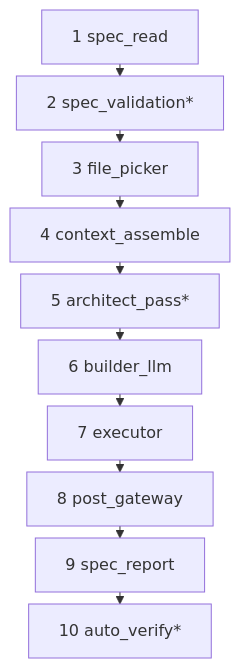
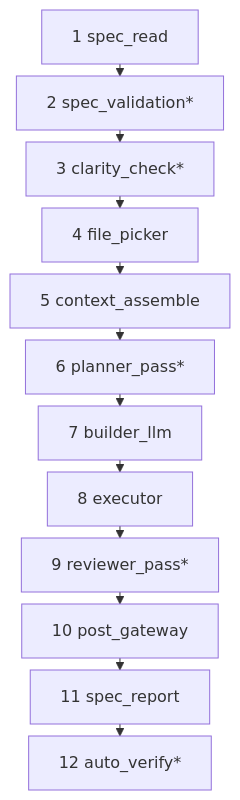
Before and after one commit to amirharati/mcp_coder: the first of 2 diagrams in docs/guide/tutorials/06-delegation-pipeline.md, drawn with Mermaid. The commit also changed other lines of this file and 8 other files, not shown here.

First line of the commit message:
docs(guide): sync architecture, CLI, tools, and tutorials for shipped supervisor model.

````diff
--- a/docs/guide/tutorials/06-delegation-pipeline.md
+++ b/docs/guide/tutorials/06-delegation-pipeline.md
@@ -17,13 +17,15 @@
 ```mermaid
 %%{init: {'flowchart': {'nodeSpacing': 6, 'rankSpacing': 12}}}%%
 flowchart TB
   P1[1 spec_read] --> P2[2 spec_validation*]
-  P2 --> P3[3 file_picker]
-  P3 --> P4[4 context_assemble]
-  P4 --> P5[5 architect_pass*]
-  P5 --> P6[6 builder_llm]
-  P6 --> P7[7 executor]
-  P7 --> P8[8 post_gateway]
-  P8 --> P9[9 spec_report]
-  P9 --> P10[10 auto_verify*]
+  P2 --> P3[3 clarity_check*]
+  P3 --> P4[4 file_picker]
+  P4 --> P5[5 context_assemble]
+  P5 --> P6[6 planner_pass*]
+  P6 --> P7[7 builder_llm]
+  P7 --> P8[8 executor]
+  P8 --> P9[9 reviewer_pass*]
+  P9 --> P10[10 post_gateway]
+  P10 --> P11[11 spec_report]
+  P11 --> P12[12 auto_verify*]
 ```
````
